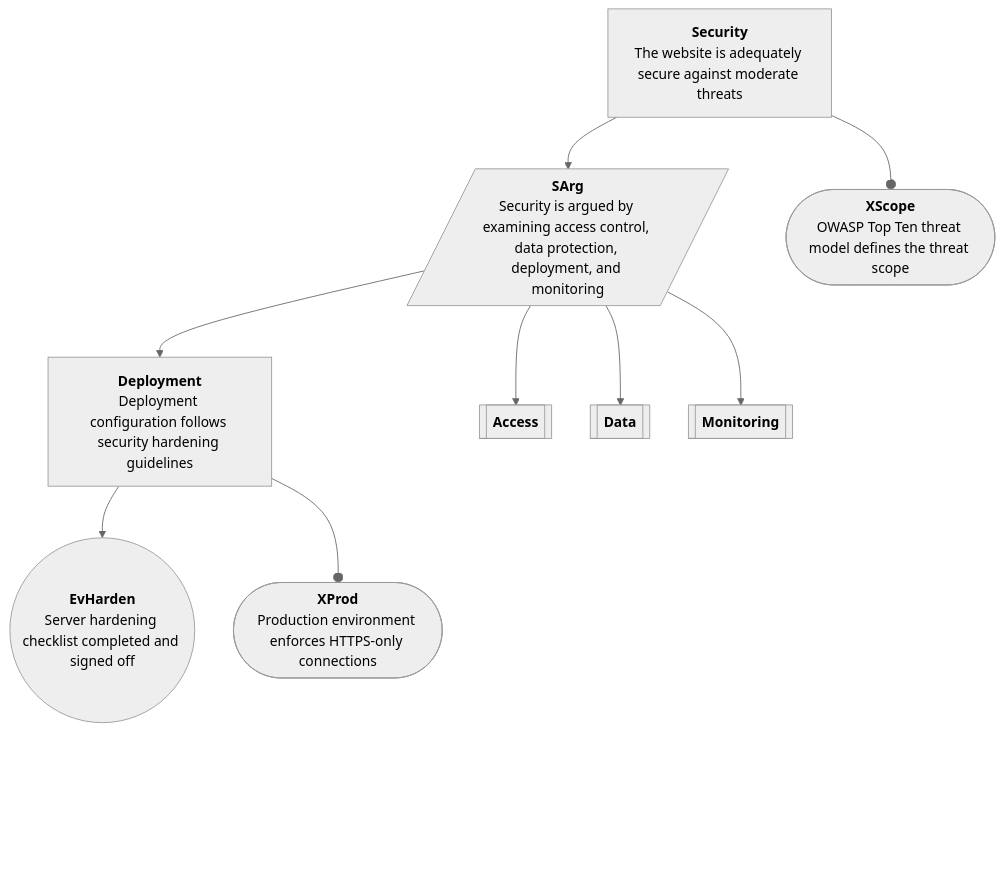
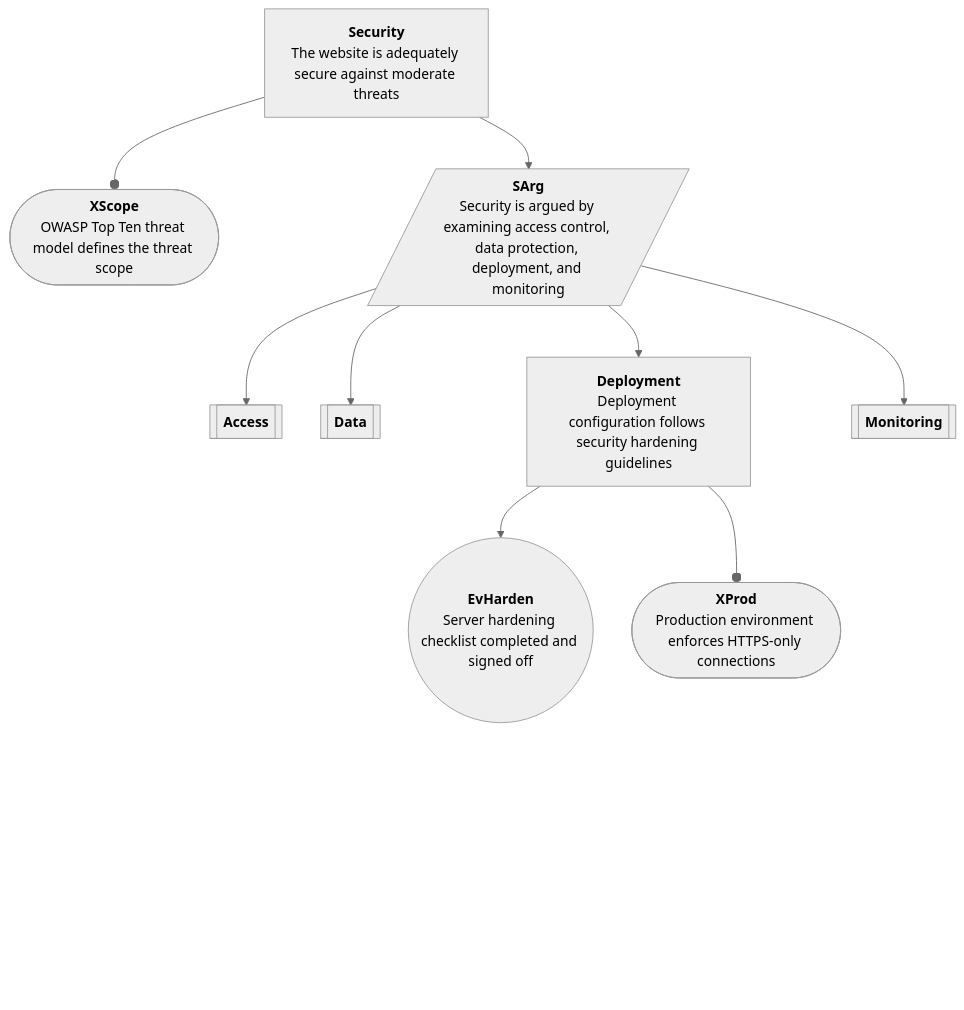
Before and after one commit to david-a-wheeler/verocase: the fifth of 12 diagrams in tests/fixtures/demo-output.expected.md, drawn with Mermaid. The commit also changed other lines of this file and 8 other files, not shown here.

Commit message:
Increase bottom padding by lengthening connector

````diff
--- a/tests/fixtures/demo-output.expected.md
+++ b/tests/fixtures/demo-output.expected.md
@@ -293,49 +293,49 @@
 ```mermaid
 ---
 config:
   theme: neutral
   flowchart:
     curve: basis
     htmlLabels: true
     rankSpacing: 60
     nodeSpacing: 45
     padding: 15
 ---
 flowchart TD
     classDef invisible opacity:0
     classDef gsnUndev stroke-width:2px,stroke-dasharray: 5 5;
     classDef connector fill:none,stroke:#cccccc,stroke-width:1px;
     Security["<b>Security</b><br>The website is adequately secure against moderate threats"]
     XScope(["<b>XScope</b><br>OWASP Top Ten threat model defines the threat scope"])
     SArg[/"<b>SArg</b><br>Security is argued by examining access control, data protection, deployment, and monitoring"/]
     Access[["<b>Access</b>"]]
     Data[["<b>Data</b>"]]
     Deployment["<b>Deployment</b><br>Deployment configuration follows security hardening guidelines"]
     Monitoring[["<b>Monitoring</b>"]]
     EvHarden(("<b>EvHarden</b><br>Server hardening checklist completed and signed off"))
     XProd(["<b>XProd</b><br>Production environment enforces HTTPS-only connections"])
     click Security "https://github.com/david-a-wheeler/verocase/blob/main/tests/fixtures/demo-output.expected.md#claim-security"
     click XScope "https://github.com/david-a-wheeler/verocase/blob/main/tests/fixtures/demo-output.expected.md#context-xscope"
     click SArg "https://github.com/david-a-wheeler/verocase/blob/main/tests/fixtures/demo-output.expected.md#strategy-sarg"
     click Access "https://github.com/david-a-wheeler/verocase/blob/main/tests/fixtures/demo-output.expected.md#package-access"
     click Data "https://github.com/david-a-wheeler/verocase/blob/main/tests/fixtures/demo-output.expected.md#package-data"
     click Deployment "https://github.com/david-a-wheeler/verocase/blob/main/tests/fixtures/demo-output.expected.md#claim-deployment"
     click Monitoring "https://github.com/david-a-wheeler/verocase/blob/main/tests/fixtures/demo-output.expected.md#package-monitoring"
     click EvHarden "https://github.com/david-a-wheeler/verocase/blob/main/tests/fixtures/demo-output.expected.md#evidence-evharden"
     click XProd "https://github.com/david-a-wheeler/verocase/blob/main/tests/fixtures/demo-output.expected.md#context-xprod"
 
     Security --o XScope
     Security --> SArg
     SArg --> Access
     SArg --> Data
     SArg --> Deployment
     Deployment --> EvHarden
     Deployment --o XProd
     SArg --> Monitoring
-    XScope ~~~ BottomPadding1["<br/><br/><br/>"]:::invisible
-    Access ~~~ BottomPadding2["<br/><br/><br/>"]:::invisible
-    Data ~~~ BottomPadding3["<br/><br/><br/>"]:::invisible
-    EvHarden ~~~ BottomPadding4["<br/><br/><br/>"]:::invisible
-    XProd ~~~ BottomPadding5["<br/><br/><br/>"]:::invisible
-    Monitoring ~~~ BottomPadding6["<br/><br/><br/>"]:::invisible
+    XScope ~~~~ BottomPadding1["<br/><br/><br/>"]:::invisible
+    Access ~~~~ BottomPadding2["<br/><br/><br/>"]:::invisible
+    Data ~~~~ BottomPadding3["<br/><br/><br/>"]:::invisible
+    EvHarden ~~~~ BottomPadding4["<br/><br/><br/>"]:::invisible
+    XProd ~~~~ BottomPadding5["<br/><br/><br/>"]:::invisible
+    Monitoring ~~~~ BottomPadding6["<br/><br/><br/>"]:::invisible
 ```
````
